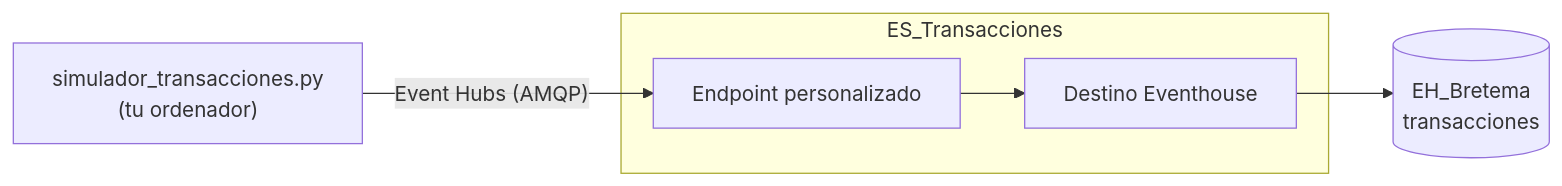
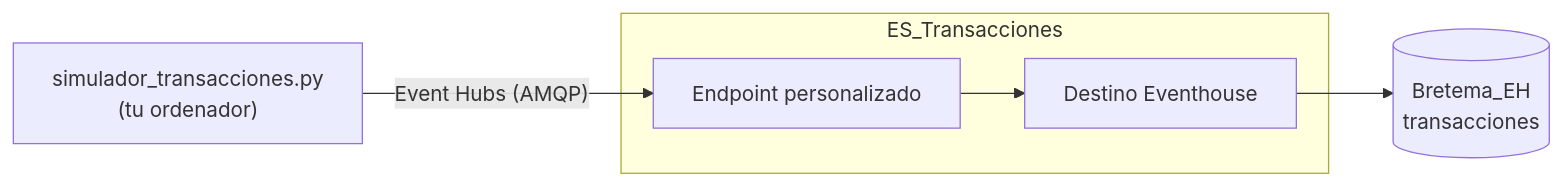
One commit to AbenFdez/Banco_Bretema_Prevencion_Fraude changed the diagram in docs/paso-a-paso/03-eventstream-simulador.md. Above: the diagram before and after it, drawn with Mermaid. The commit also changed other lines of this file and 15 other files, not shown here.

````diff
--- a/docs/paso-a-paso/03-eventstream-simulador.md
+++ b/docs/paso-a-paso/03-eventstream-simulador.md
@@ -5,8 +5,8 @@
 ```mermaid
 flowchart LR
     SIM["simulador_transacciones.py<br/>(tu ordenador)"] -->|"Event Hubs (AMQP)"| EP[Endpoint personalizado]
     subgraph ES_Transacciones
         EP --> DST[Destino Eventhouse]
     end
-    DST --> T[("EH_Bretema<br/>transacciones")]
+    DST --> T[("Bretema_EH<br/>transacciones")]
 ```
````
